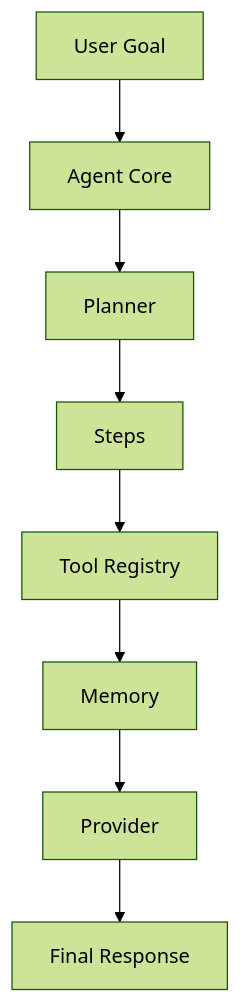
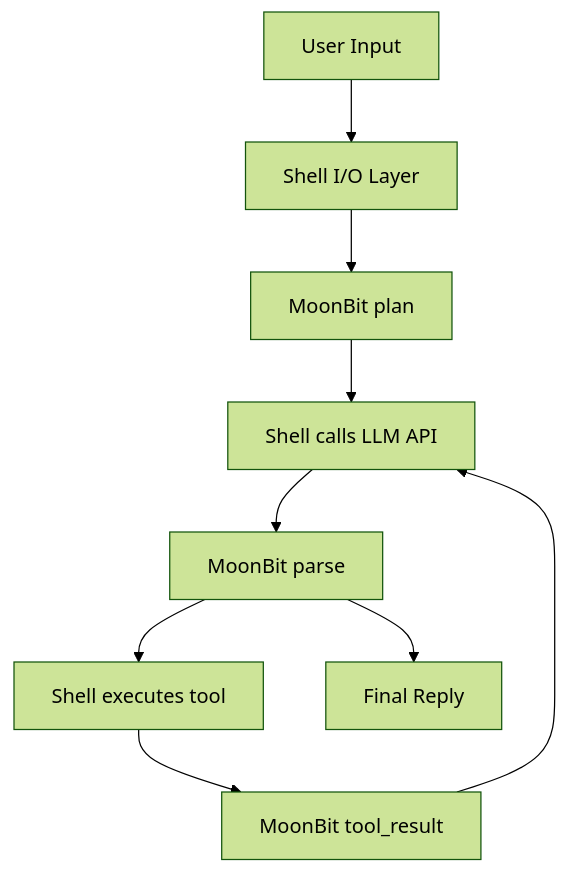
One commit to nillikechatchat/autoagent-moonbit changed the diagram in README.md. Above: the diagram before and after it, drawn with Mermaid (forest theme). The commit also changed other lines of this file and 7 other files, not shown here.

First line of the commit message:
release: AutoAgent GA-ready - MoonBit-first architecture, safe I/O, tests and docs

````diff
--- a/README.md
+++ b/README.md
@@ -27,10 +14,11 @@
 ```mermaid
 graph TD
-    U["User Goal"] --> A["Agent Core"]
-    A --> P["Planner"]
-    P --> S["Steps"]
-    S --> T["Tool Registry"]
-    T --> M["Memory"]
-    M --> L["Provider"]
-    L --> R["Final Response"]
+    User["User Input"] --> Shell["Shell I/O Layer"]
+    Shell --> Plan["MoonBit plan"]
+    Plan --> LLM["Shell calls LLM API"]
+    LLM --> Parse["MoonBit parse"]
+    Parse --> Tool["Shell executes tool"]
+    Tool --> Result["MoonBit tool_result"]
+    Result --> LLM
+    Parse --> Reply["Final Reply"]
 ```
````
